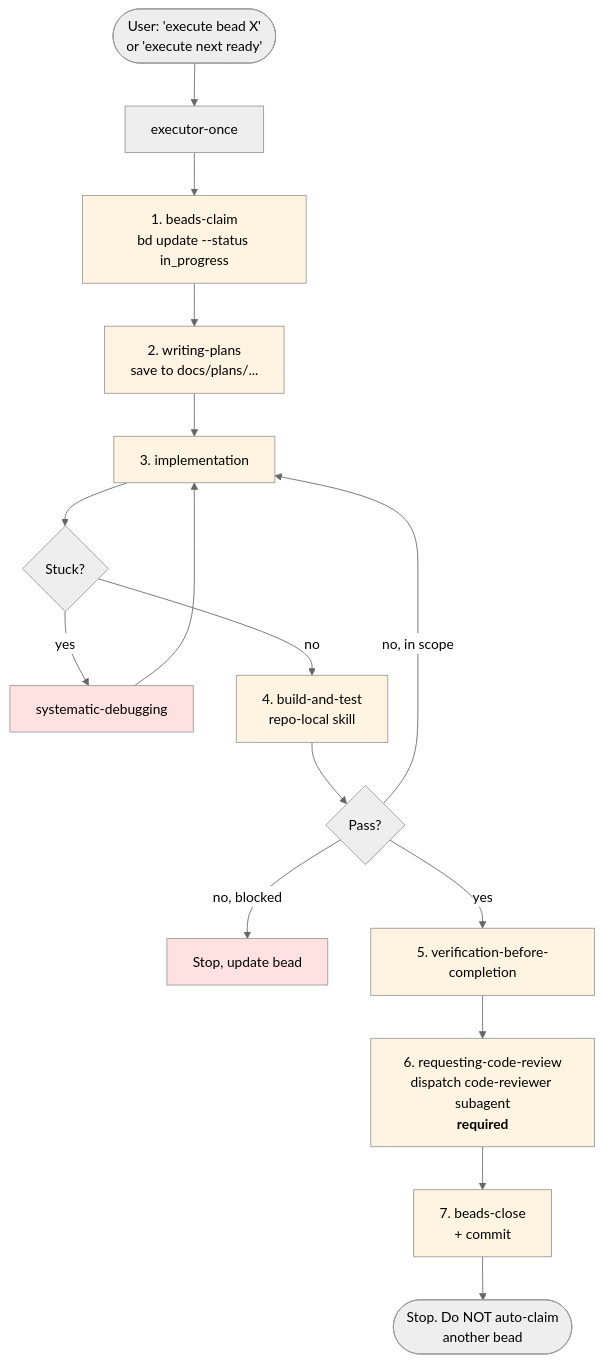
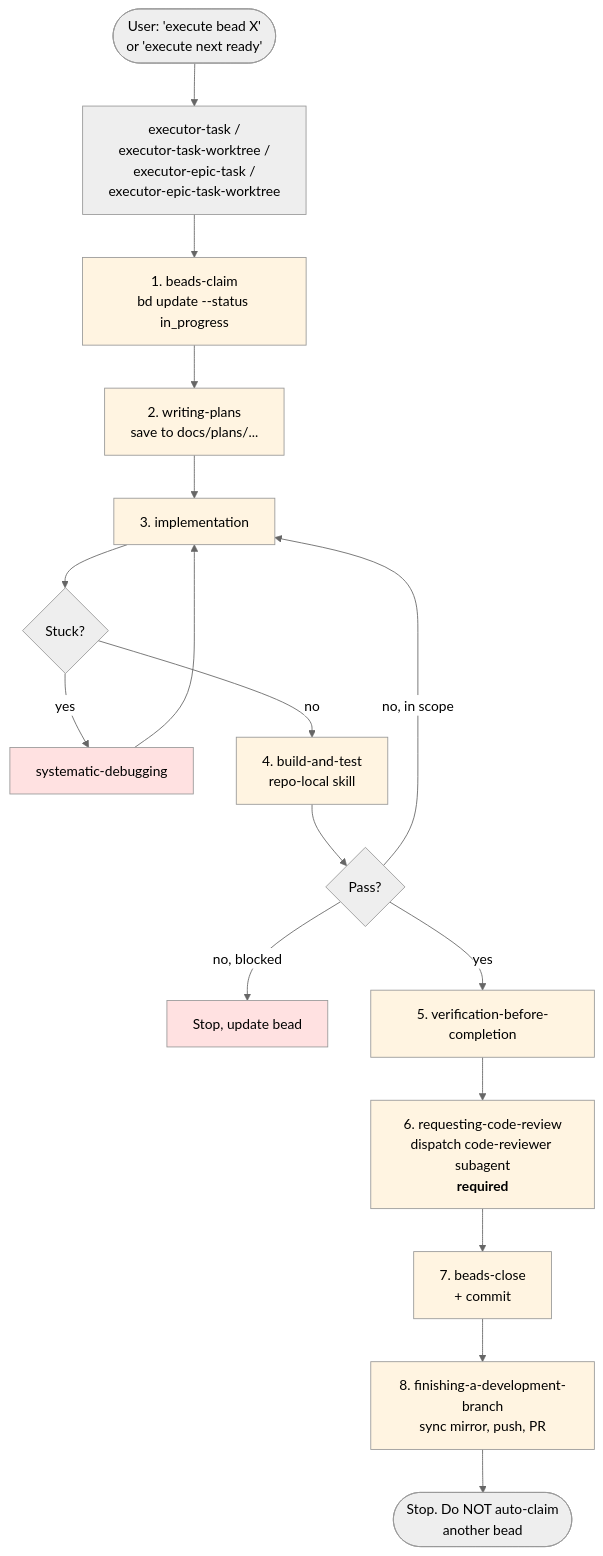
One commit to jsiovn/workflow-template changed the third of 5 diagrams in docs/SKILLS_RELATIONSHIPS.md. Above: the diagram before and after it, drawn with Mermaid (neutral theme). The commit also changed other lines of this file and 68 other files, not shown here.

````diff
--- a/docs/SKILLS_RELATIONSHIPS.md
+++ b/docs/SKILLS_RELATIONSHIPS.md
@@ -143,29 +130,30 @@
 ```mermaid
 flowchart TD
-    START([User: 'execute bead X'<br/>or 'execute next ready']) --> EO[executor-once]
-    EO --> S1[1. beads-claim<br/>bd update --status in_progress]
+    START([User: 'execute bead X'<br/>or 'execute next ready']) --> ET[executor-task /<br/>executor-task-worktree /<br/>executor-epic-task /<br/>executor-epic-task-worktree]
+    ET --> S1[1. beads-claim<br/>bd update --status in_progress]
     S1 --> S2[2. writing-plans<br/>save to docs/plans/...]
     S2 --> S3[3. implementation]
     S3 --> Q1{Stuck?}
     Q1 -->|yes| SD[systematic-debugging]
     SD --> S3
     Q1 -->|no| S4[4. build-and-test<br/>repo-local skill]
     S4 --> Q2{Pass?}
     Q2 -->|no, in scope| S3
     Q2 -->|no, blocked| BLOCK[Stop, update bead]
     Q2 -->|yes| S5[5. verification-before-completion]
     S5 --> S6[6. requesting-code-review<br/>dispatch code-reviewer subagent<br/><b>required</b>]
     S6 --> S7[7. beads-close<br/>+ commit]
-    S7 --> END([Stop. Do NOT auto-claim<br/>another bead])
+    S7 --> S8[8. finishing-a-development-branch<br/>sync mirror, push, PR]
+    S8 --> END([Stop. Do NOT auto-claim<br/>another bead])
 
     style S1 fill:#fff4e1
     style S2 fill:#fff4e1
-    style S6 fill:#fff4e1
-    style S7 fill:#fff4e1
     style S3 fill:#fff4e1
     style S4 fill:#fff4e1
     style S5 fill:#fff4e1
     style S6 fill:#fff4e1
+    style S7 fill:#fff4e1
+    style S8 fill:#fff4e1
     style SD fill:#ffe1e1
     style BLOCK fill:#ffe1e1
 ```
````
